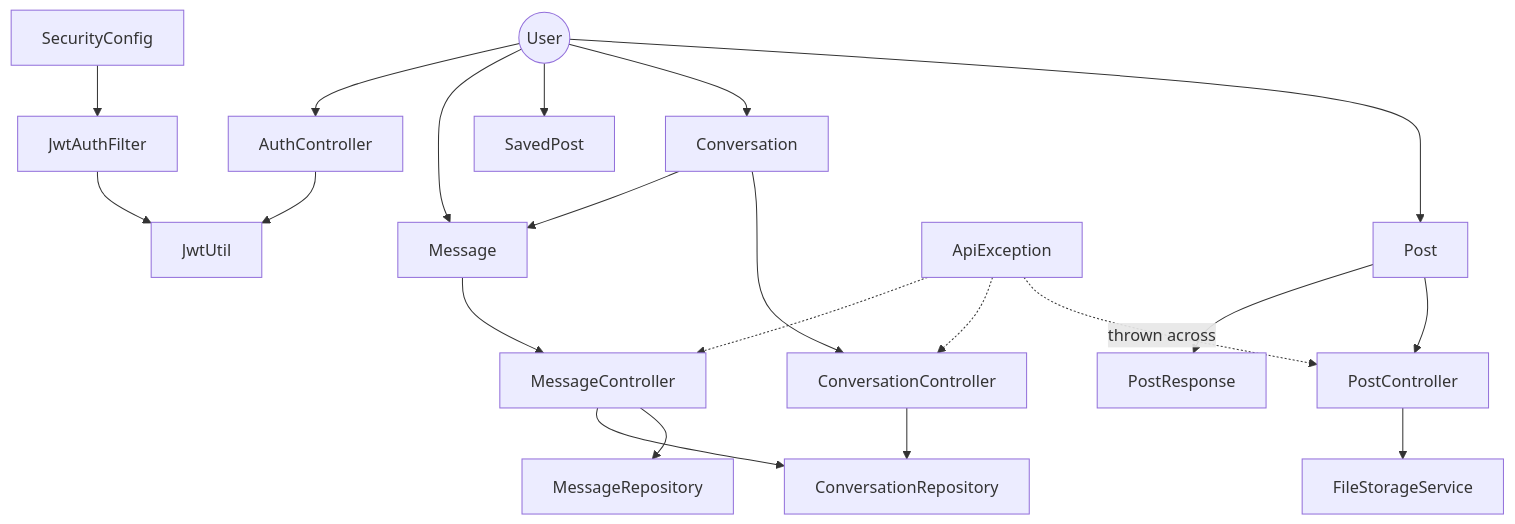
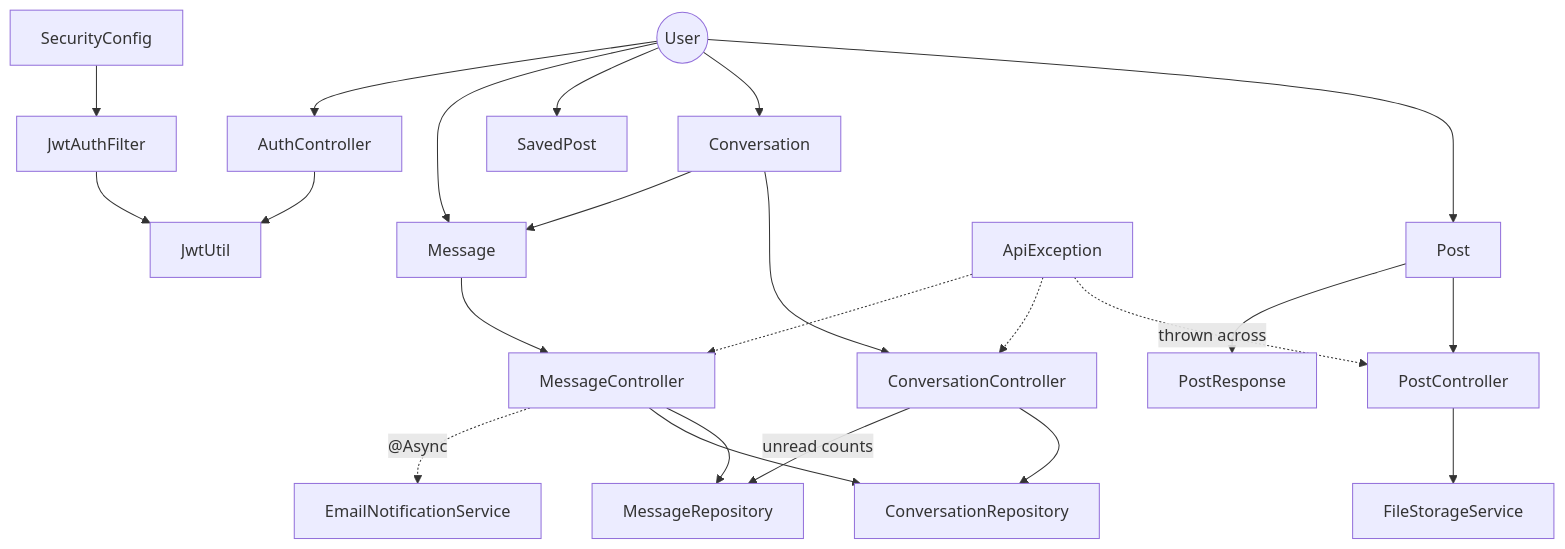
One commit to Saifexe/Ktebna changed the second of 2 diagrams in README.md. Above: the diagram before and after it, drawn with Mermaid. The commit also changed other lines of this file and 106 other files, not shown here.

````diff
--- a/README.md
+++ b/README.md
@@ -58,28 +119,30 @@
 ```mermaid
 flowchart TB
     User((User)) --> Post
     User --> Conversation
     User --> SavedPost
     User --> Message
 
     Post --> PostController
     Post --> PostResponse
     PostController --> FileStorageService
 
     Conversation --> ConversationController
     ConversationController --> ConversationRepository
+    ConversationController -->|unread counts| MessageRepository
     Conversation --> Message
 
     Message --> MessageController
     MessageController --> MessageRepository
     MessageController --> ConversationRepository
+    MessageController -.->|"@Async"| EmailNotificationService
 
     User --> AuthController
     AuthController --> JwtUtil
     SecurityConfig --> JwtAuthFilter
     JwtAuthFilter --> JwtUtil
 
     ApiException -.->|thrown across| PostController
     ApiException -.-> ConversationController
     ApiException -.-> MessageController
 ```
````
